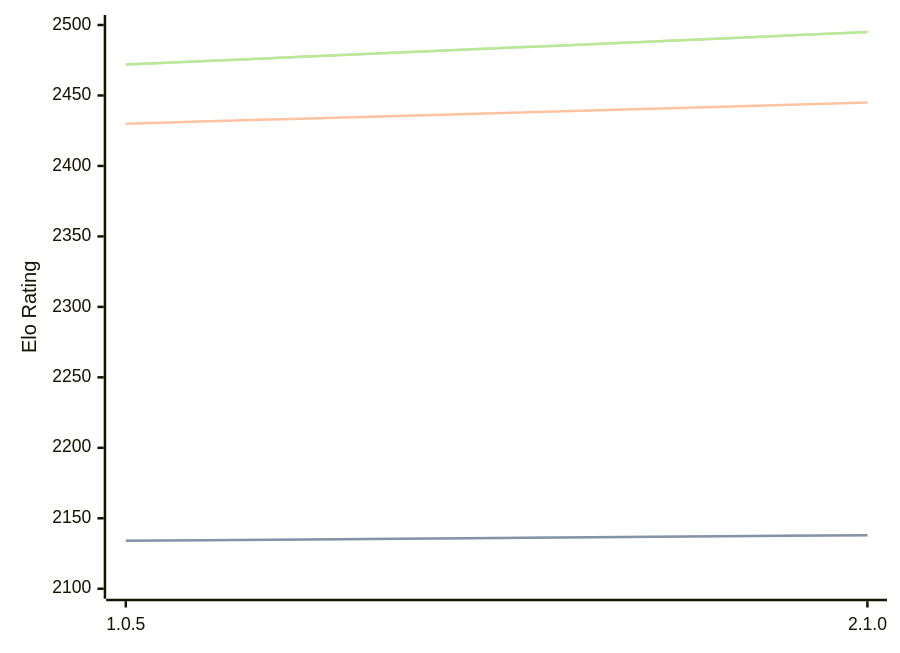
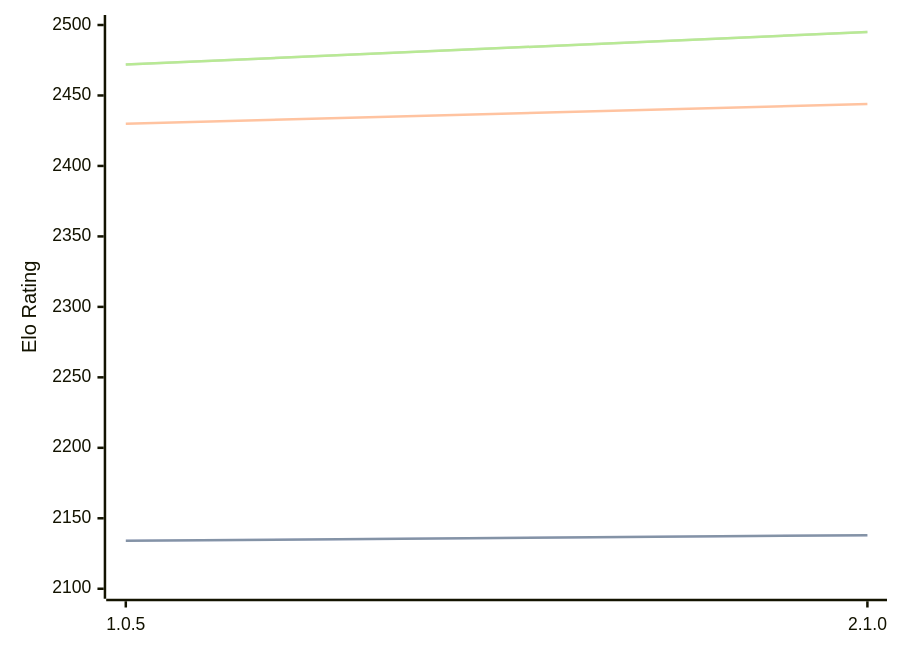
The first of 3 diagrams in engines/Ruffian.md (computer-chess-index/cci), drawn with Mermaid before and after one commit. The commit also changed other lines of this file, not shown here.

````diff
--- a/engines/Ruffian.md
+++ b/engines/Ruffian.md
@@ -32,11 +32,11 @@
 ```mermaid
 %%{init: {"theme":"base","themeVariables":{"seriesColors:['#a3a3a3','#222221','#faa371']}}}%%
 xychart-beta
   x-axis ["1.0.5", "2.1.0"]
   y-axis "Elo Rating" 2100 --> 2500
   line "STC (8.0+0.08s)" [2134, 2138]
   line "STC (8.0+0.08s)" [2134, 2138]
-  line "LTC (60.0+0.60s)" [2430, 2445]
+  line "LTC (60.0+0.60s)" [2430, 2444]
   line "VLTC (2m24s+1.12s)" [2472, 2495]
   line "VLTC (2m24s+1.12s)" [2472, 2495]
 ```
````
